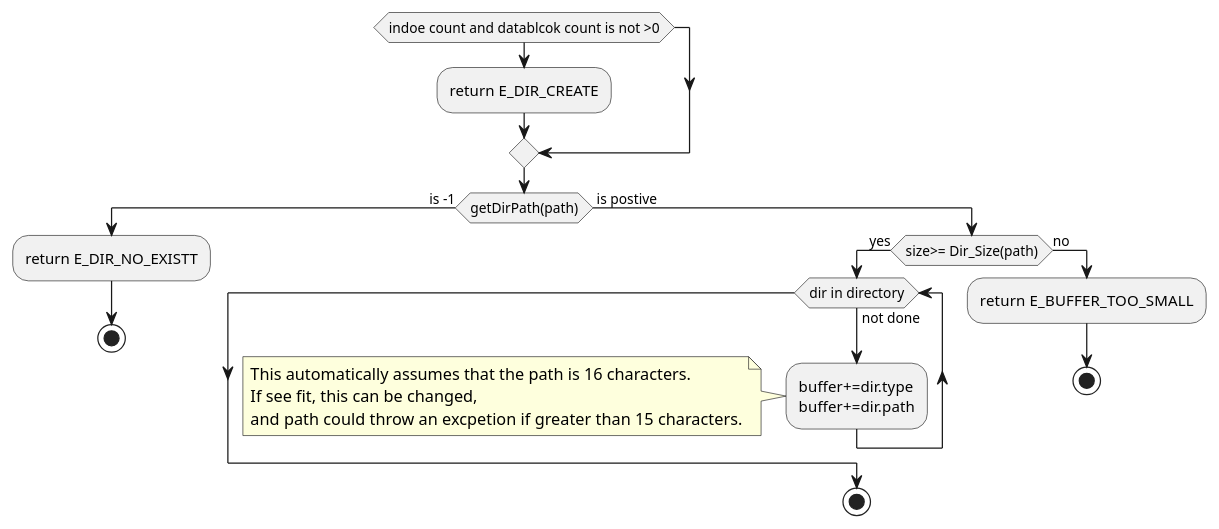
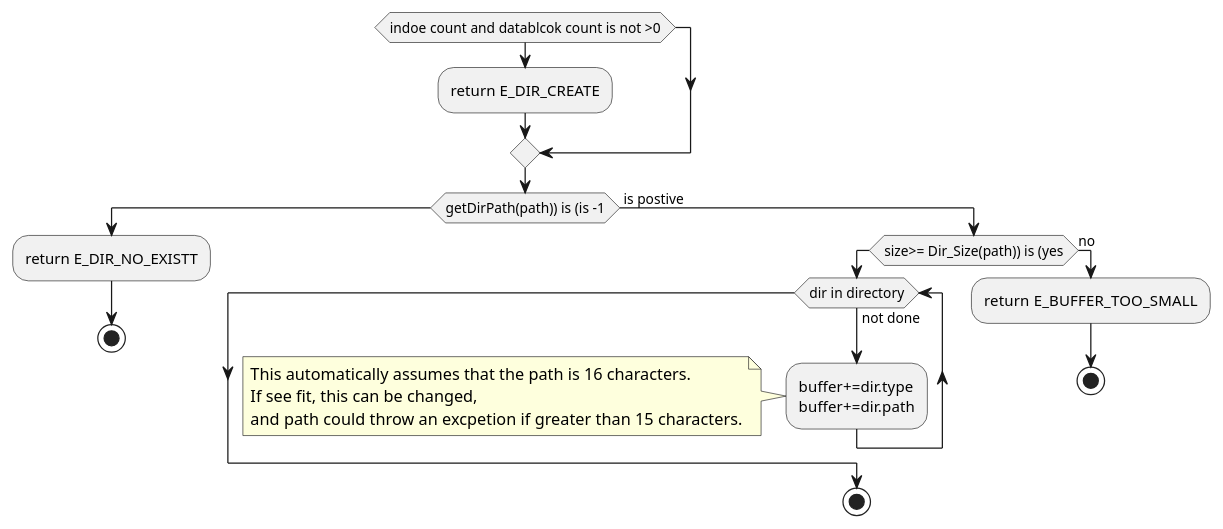
One commit to HawaiinPizza/CIS-450-final-project changed diagram 14 of 20 in Plan.org. Above: the diagram before and after it, drawn with PlantUML. The commit also changed other lines of this file and 7 other files, not shown here.

```diff
--- a/Plan.org
+++ b/Plan.org
@@ -655,26 +662,26 @@
      #+BEGIN_SRC plantuml  :file Plant/DirRead.png
      if(indoe count and datablcok count is not >0)
 	:return E_DIR_CREATE;
      endif
-     if(getDirPath(path)) then (is -1)
+     if(getDirPath(path)) is (is -1)
 		:return E_DIR_NO_EXISTT;
 		stop
 	else ( is postive)
-		if(size>= Dir_Size(path)) then (yes)
+		if(size>= Dir_Size(path)) is (yes)
 			while(dir in directory) is (not done)
 				:buffer+=dir.type
 				buffer+=dir.path;
 				note left
 					This automatically assumes that the path is 16 characters.
 					If see fit, this can be changed,
 					and path could throw an excpetion if greater than 15 characters.
 				endnote
 			endwhile
 			stop
 		else(no)
 			:return  E_BUFFER_TOO_SMALL;
 			stop
 		endif
      endif
      @enduml
      #+END_SRC
```
